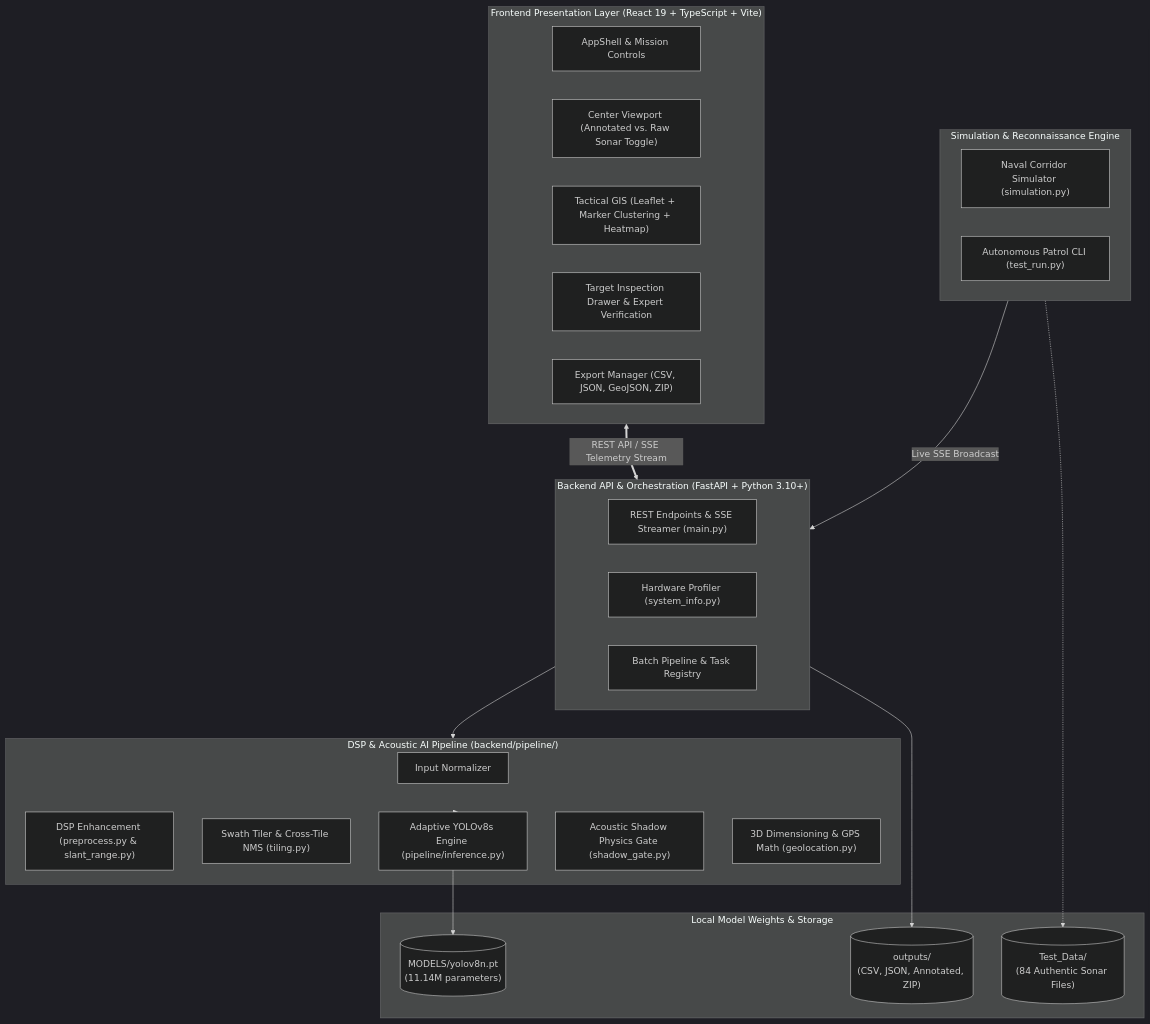
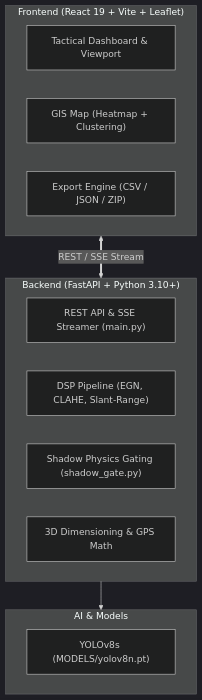
One commit to Adarsh1s/Commit-Crack changed the second of 2 diagrams in README.md. Above: the diagram before and after it, drawn with Mermaid (dark theme). The commit also changed other lines of this file, not shown here.

````diff
--- a/README.md
+++ b/README.md
@@ -98,44 +62,22 @@
 ```mermaid
 graph TB
-    subgraph Client ["Frontend Presentation Layer (React 19 + TypeScript + Vite)"]
-        UI["AppShell & Mission Controls"]
-        VISUALIZER["Center Viewport (Annotated vs. Raw Sonar Toggle)"]
-        MAP["Tactical GIS (Leaflet + Marker Clustering + Heatmap)"]
-        INSPECTOR["Target Inspection Drawer & Expert Verification"]
-        EXPORT["Export Manager (CSV, JSON, GeoJSON, ZIP)"]
+    subgraph Frontend ["Frontend (React 19 + Vite + Leaflet)"]
+        DASH["Tactical Dashboard & Viewport"]
+        MAP["GIS Map (Heatmap + Clustering)"]
+        EXP["Export Engine (CSV / JSON / ZIP)"]
     end
 
-    subgraph Server ["Backend API & Orchestration (FastAPI + Python 3.10+)"]
-        ROUTER["REST Endpoints & SSE Streamer (main.py)"]
-        SYS_INFO["Hardware Profiler (system_info.py)"]
-        BATCH_MGR["Batch Pipeline & Task Registry"]
+    subgraph Backend ["Backend (FastAPI + Python 3.10+)"]
+        API["REST API & SSE Streamer (main.py)"]
+        DSP["DSP Pipeline (EGN, CLAHE, Slant-Range)"]
+        SHADOW["Shadow Physics Gating (shadow_gate.py)"]
+        GEO["3D Dimensioning & GPS Math"]
     end
 
-    subgraph CorePipeline ["DSP & Acoustic AI Pipeline (backend/pipeline/)"]
-        NORM["Input Normalizer"]
-        PREPROC["DSP Enhancement (preprocess.py & slant_range.py)"]
-        TILING["Swath Tiler & Cross-Tile NMS (tiling.py)"]
-        INFERENCE["Adaptive YOLOv8s Engine (pipeline/inference.py)"]
-        SHADOW["Acoustic Shadow Physics Gate (shadow_gate.py)"]
-        GEO["3D Dimensioning & GPS Math (geolocation.py)"]
+    subgraph AI_Engine ["AI & Models"]
+        YOLO["YOLOv8s (MODELS/yolov8n.pt)"]
     end
 
-    subgraph AutonomousSimulation ["Simulation & Reconnaissance Engine"]
-        SIM_CORE["Naval Corridor Simulator (simulation.py)"]
-        CLI_RUNNER["Autonomous Patrol CLI (test_run.py)"]
-    end
-
-    subgraph Assets ["Local Model Weights & Storage"]
-        WEIGHTS[("MODELS/yolov8n.pt\n(11.14M parameters)")]
-        DATASET[("Test_Data/\n(84 Authentic Sonar Files)")]
-        OUTPUT_DIR[("outputs/\n(CSV, JSON, Annotated, ZIP)")]
-    end
-
-    Client <==>|"REST API / SSE Telemetry Stream"| Server
-    Server --> CorePipeline
-    CorePipeline --> INFERENCE
-    INFERENCE --> WEIGHTS
-    AutonomousSimulation -->|"Live SSE Broadcast"| Server
-    Server --> OUTPUT_DIR
-    AutonomousSimulation -.-> DATASET
+    Frontend <==>|"REST / SSE Stream"| Backend
+    Backend --> AI_Engine
 ```
````
